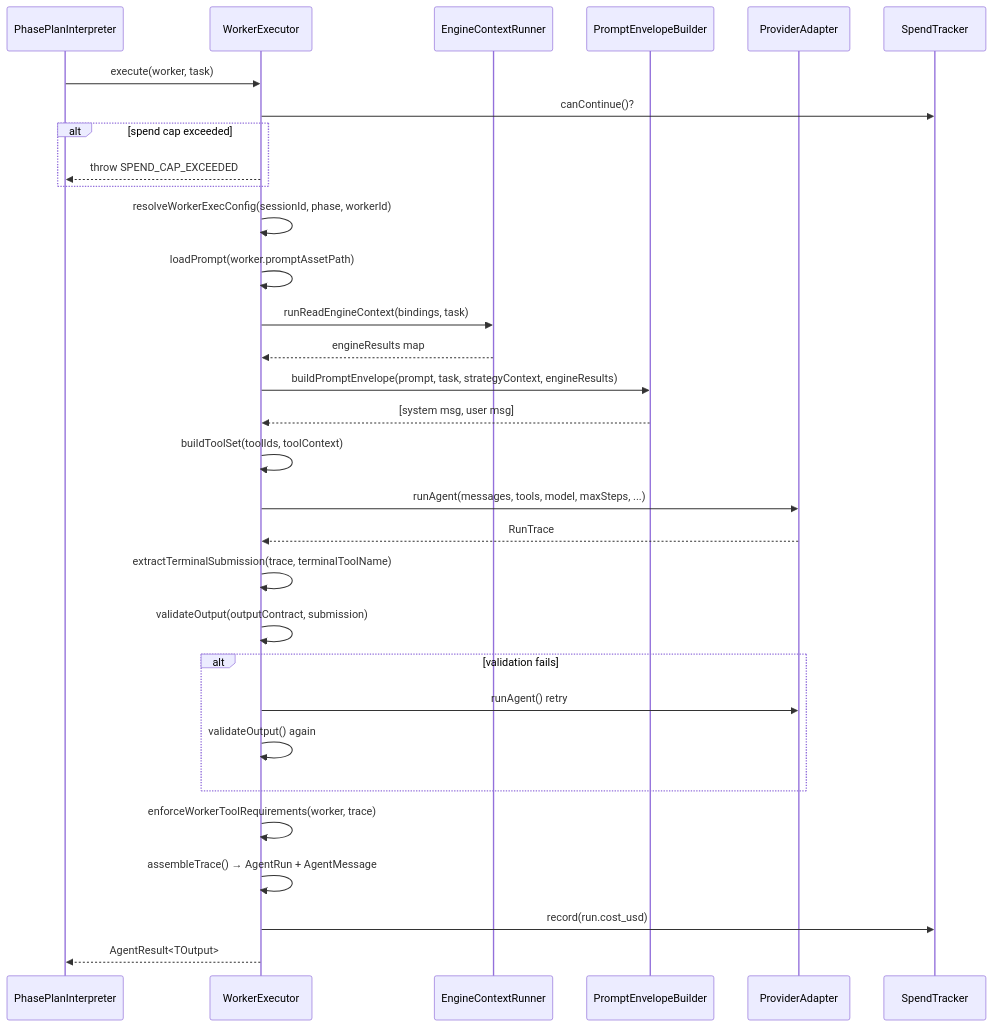
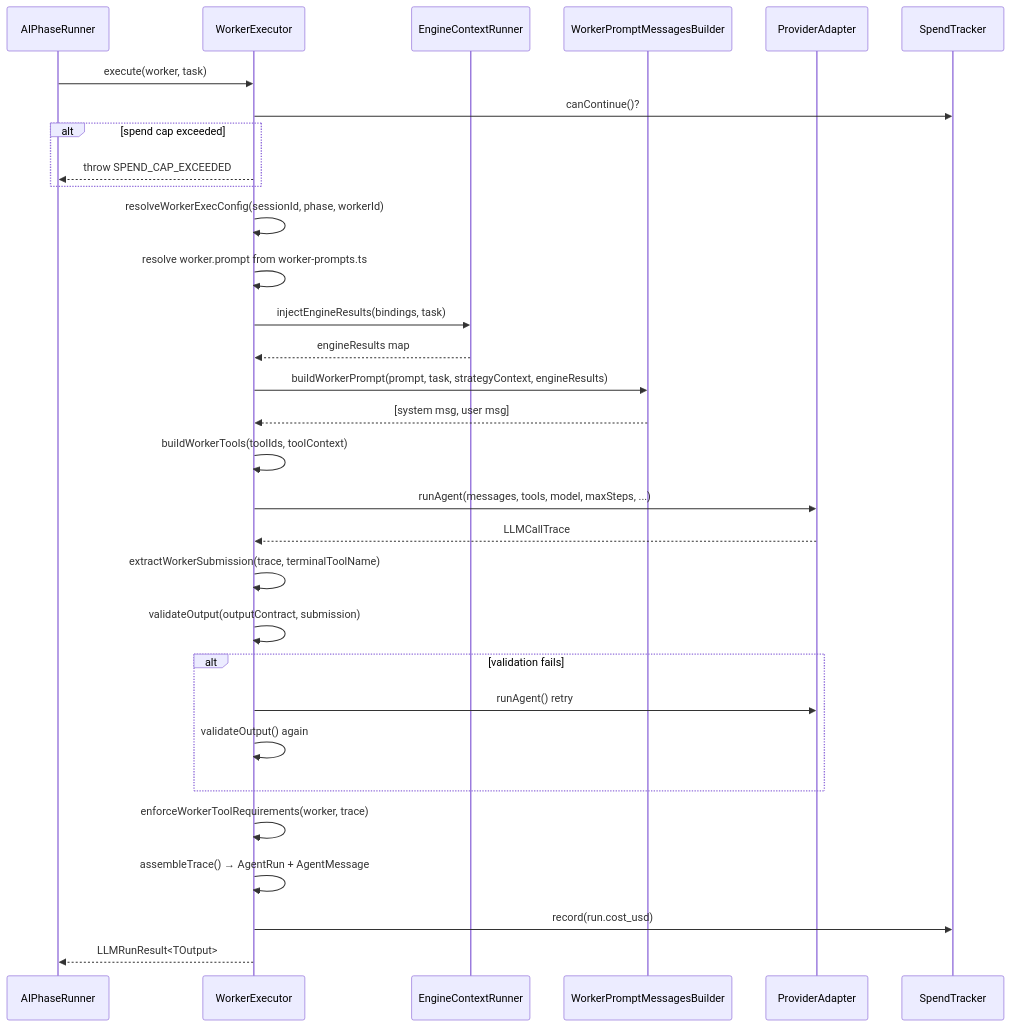
One commit to KennethAtchon/Exva changed the sixth of 10 diagrams in docs/architecture/pipeline-runtime.md. Above: the diagram before and after it, drawn with Mermaid. The commit also changed other lines of this file and 206 other files, not shown here.

````diff
--- a/docs/architecture/pipeline-runtime.md
+++ b/docs/architecture/pipeline-runtime.md
@@ -570,34 +570,34 @@
 ```mermaid
 sequenceDiagram
-    participant PPI as PhasePlanInterpreter
+    participant PPI as AIPhaseRunner
     participant WE as WorkerExecutor
     participant ENG as EngineContextRunner
-    participant ENV as PromptEnvelopeBuilder
+    participant ENV as WorkerPromptMessagesBuilder
     participant PROV as ProviderAdapter
     participant SP as SpendTracker
 
     PPI->>WE: execute(worker, task)
     WE->>SP: canContinue()?
     alt spend cap exceeded
         WE-->>PPI: throw SPEND_CAP_EXCEEDED
     end
     WE->>WE: resolveWorkerExecConfig(sessionId, phase, workerId)
-    WE->>WE: loadPrompt(worker.promptAssetPath)
-    WE->>ENG: runReadEngineContext(bindings, task)
+    WE->>WE: resolve worker.prompt from worker-prompts.ts
+    WE->>ENG: injectEngineResults(bindings, task)
     ENG-->>WE: engineResults map
-    WE->>ENV: buildPromptEnvelope(prompt, task, strategyContext, engineResults)
+    WE->>ENV: buildWorkerPrompt(prompt, task, strategyContext, engineResults)
     ENV-->>WE: [system msg, user msg]
-    WE->>WE: buildToolSet(toolIds, toolContext)
+    WE->>WE: buildWorkerTools(toolIds, toolContext)
     WE->>PROV: runAgent(messages, tools, model, maxSteps, ...)
-    PROV-->>WE: RunTrace
-    WE->>WE: extractTerminalSubmission(trace, terminalToolName)
+    PROV-->>WE: LLMCallTrace
+    WE->>WE: extractWorkerSubmission(trace, terminalToolName)
     WE->>WE: validateOutput(outputContract, submission)
     alt validation fails
         WE->>PROV: runAgent() retry
         WE->>WE: validateOutput() again
     end
     WE->>WE: enforceWorkerToolRequirements(worker, trace)
     WE->>WE: assembleTrace() → AgentRun + AgentMessage
     WE->>SP: record(run.cost_usd)
-    WE-->>PPI: AgentResult<TOutput>
+    WE-->>PPI: LLMRunResult<TOutput>
 ```
````
